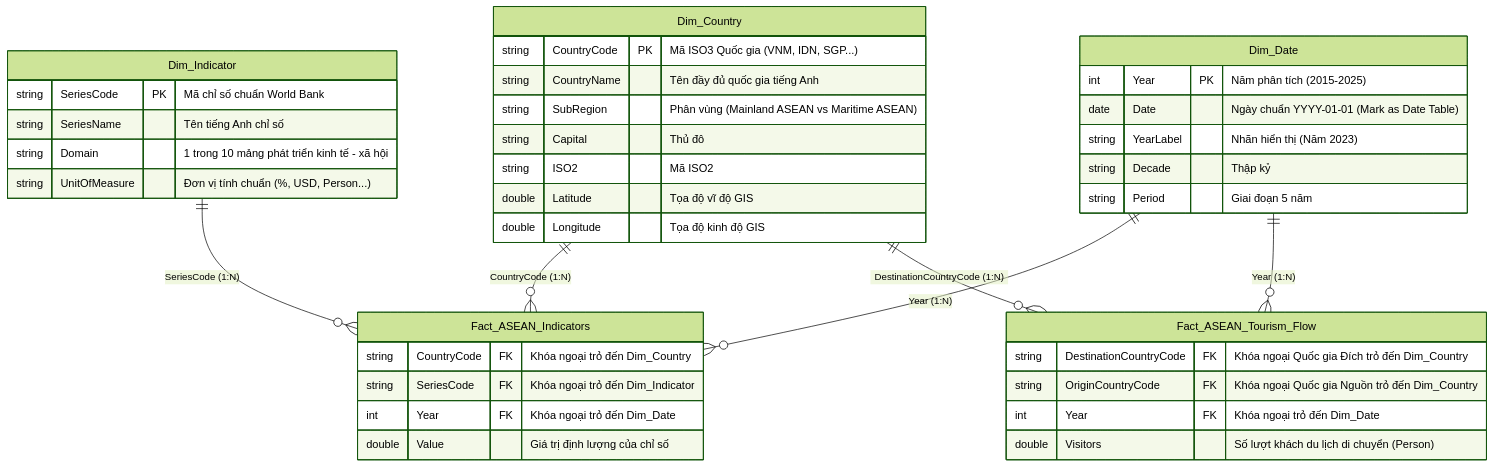
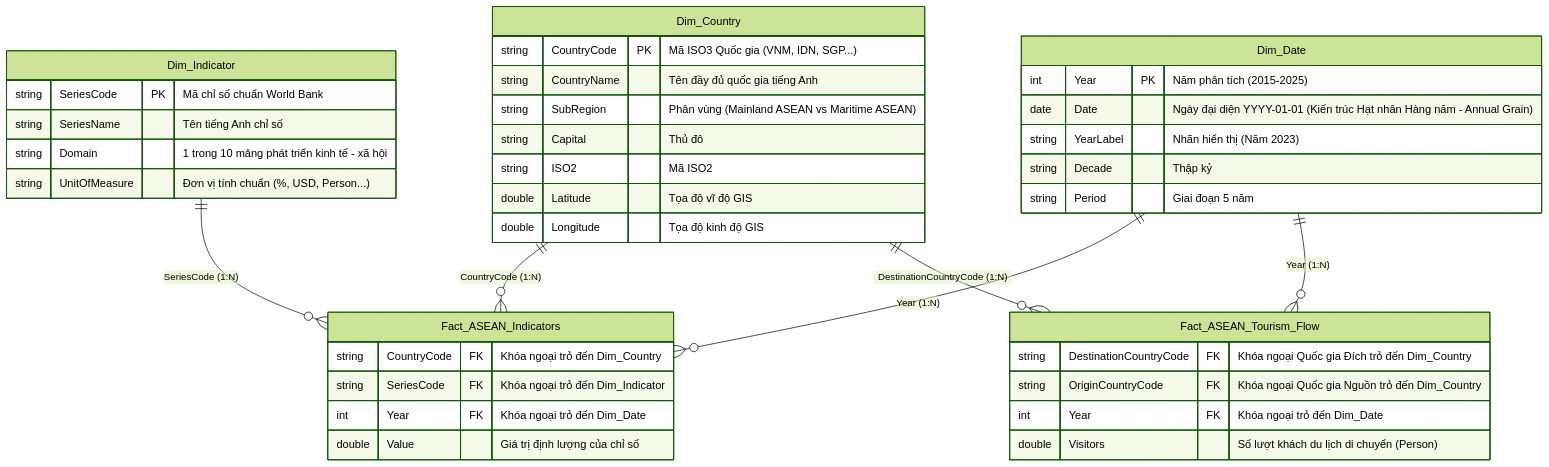
Before and after one commit to Thehy-IT/capstone-asean_overview_analysis: the diagram in README.md, drawn with Mermaid (forest theme). The commit also changed other lines of this file and 1 other file, not shown here.

Commit message:
refactor: Update README and Data Dictionary for improved clarity and consistency; enhance descriptions for data architecture and relationships

````diff
--- a/README.md
+++ b/README.md
@@ -129,47 +129,47 @@
 ```mermaid
 erDiagram
     Dim_Country ||--o{ Fact_ASEAN_Indicators : "CountryCode (1:N)"
     Dim_Indicator ||--o{ Fact_ASEAN_Indicators : "SeriesCode (1:N)"
     Dim_Date ||--o{ Fact_ASEAN_Indicators : "Year (1:N)"
     Dim_Country ||--o{ Fact_ASEAN_Tourism_Flow : "DestinationCountryCode (1:N)"
     Dim_Date ||--o{ Fact_ASEAN_Tourism_Flow : "Year (1:N)"
 
     Dim_Country {
         string CountryCode PK "Mã ISO3 Quốc gia (VNM, IDN, SGP...)"
         string CountryName "Tên đầy đủ quốc gia tiếng Anh"
         string SubRegion "Phân vùng (Mainland ASEAN vs Maritime ASEAN)"
         string Capital "Thủ đô"
         string ISO2 "Mã ISO2"
         double Latitude "Tọa độ vĩ độ GIS"
         double Longitude "Tọa độ kinh độ GIS"
     }
 
     Dim_Indicator {
         string SeriesCode PK "Mã chỉ số chuẩn World Bank"
         string SeriesName "Tên tiếng Anh chỉ số"
         string Domain "1 trong 10 mảng phát triển kinh tế - xã hội"
         string UnitOfMeasure "Đơn vị tính chuẩn (%, USD, Person...)"
     }
 
     Dim_Date {
         int Year PK "Năm phân tích (2015-2025)"
-        date Date "Ngày chuẩn YYYY-01-01 (Mark as Date Table)"
+        date Date "Ngày đại diện YYYY-01-01 (Kiến trúc Hạt nhân Hàng năm - Annual Grain)"
         string YearLabel "Nhãn hiển thị (Năm 2023)"
         string Decade "Thập kỷ"
         string Period "Giai đoạn 5 năm"
     }
 
     Fact_ASEAN_Indicators {
         string CountryCode FK "Khóa ngoại trỏ đến Dim_Country"
         string SeriesCode FK "Khóa ngoại trỏ đến Dim_Indicator"
         int Year FK "Khóa ngoại trỏ đến Dim_Date"
         double Value "Giá trị định lượng của chỉ số"
     }
 
     Fact_ASEAN_Tourism_Flow {
         string DestinationCountryCode FK "Khóa ngoại Quốc gia Đích trỏ đến Dim_Country"
         string OriginCountryCode FK "Khóa ngoại Quốc gia Nguồn trỏ đến Dim_Country"
         int Year FK "Khóa ngoại trỏ đến Dim_Date"
         double Visitors "Số lượt khách du lịch di chuyển (Person)"
     }
 ```
````
